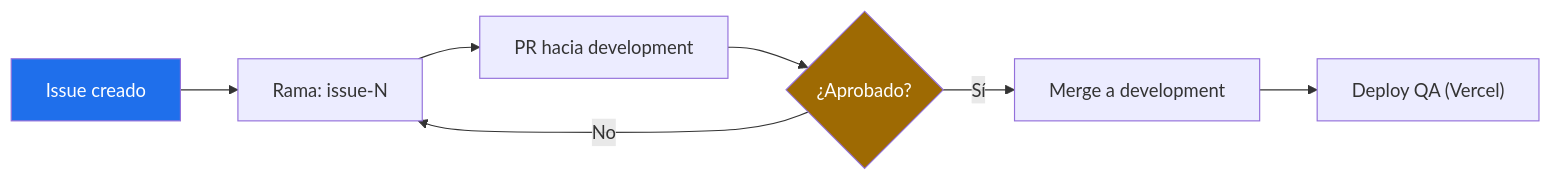
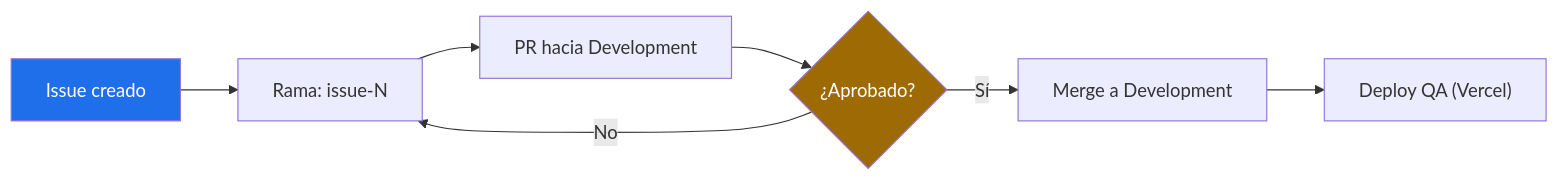
One commit to Stivaly/PanasAyudan changed the first of 2 diagrams in CONTRIBUTING.md. Above: the diagram before and after it, drawn with Mermaid. The commit also changed other lines of this file and 5 other files, not shown here.

````diff
--- a/CONTRIBUTING.md
+++ b/CONTRIBUTING.md
@@ -26,12 +32,12 @@
 ```mermaid
 flowchart LR
     A[Issue creado] --> B["Rama: issue-N"]
-    B --> C["PR hacia development"]
+    B --> C["PR hacia Development"]
     C --> D{"¿Aprobado?"}
     D -- No --> B
-    D -- Sí --> E["Merge a development"]
+    D -- Sí --> E["Merge a Development"]
     E --> F["Deploy QA (Vercel)"]
  
     style A fill:#1f6feb,color:#fff
     style D fill:#9e6a03,color:#fff
 ```
````
